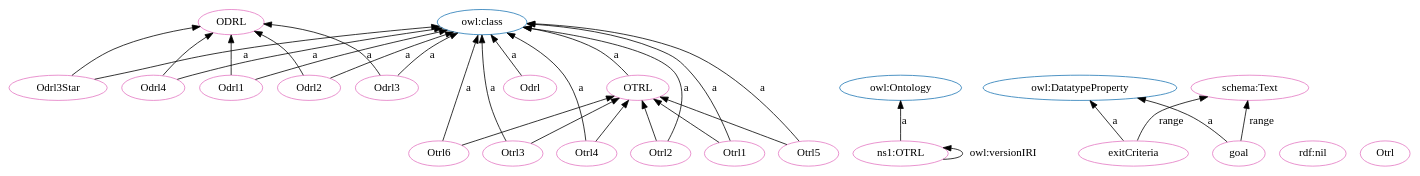
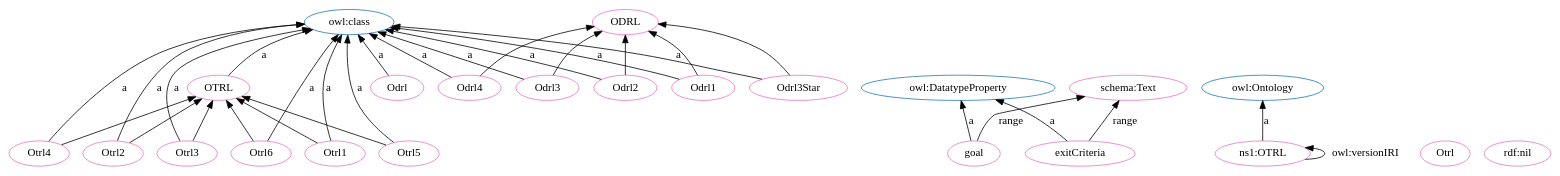
Before and after one commit to OPEN-NEXT/OKH-LOSH: the diagram in OTRL.dot, drawn with Graphviz. The commit also changed other lines of this file and 15 other files, not shown here.

```diff
--- a/OTRL.dot
+++ b/OTRL.dot
@@ -1,59 +1,59 @@
 digraph G {
   rankdir=BT
   node[height=.3]
+"http://www.w3.org/2002/07/owl#class" [fillcolor="#1f77b4" color="#1f77b4" label="owl:class"]
 "http://purl.org/oseg/ontologies/OTRL#ODRL" [fillcolor="#1f77b4" color="#1f77b4" label="ODRL"]
+"http://www.w3.org/2002/07/owl#DatatypeProperty" [fillcolor="#1f77b4" color="#1f77b4" label="owl:DatatypeProperty"]
 "http://www.w3.org/2002/07/owl#Ontology" [fillcolor="#1f77b4" color="#1f77b4" label="owl:Ontology"]
-"http://www.w3.org/2002/07/owl#DatatypeProperty" [fillcolor="#1f77b4" color="#1f77b4" label="owl:DatatypeProperty"]
-"http://www.w3.org/2002/07/owl#class" [fillcolor="#1f77b4" color="#1f77b4" label="owl:class"]
 "http://purl.org/oseg/ontologies/OTRL#OTRL" [fillcolor="#1f77b4" color="#1f77b4" label="OTRL"]
-"http://purl.org/oseg/ontologies/OTRL" [fillcolor="#e377c2" color="#e377c2" label="ns1:OTRL"]
-"http://purl.org/oseg/ontologies/OTRL#Odrl3Star" [fillcolor="#e377c2" color="#e377c2" label="Odrl3Star"]
+"http://purl.org/oseg/ontologies/OTRL#Otrl3" [fillcolor="#e377c2" color="#e377c2" label="Otrl3"]
 "http://purl.org/oseg/ontologies/OTRL#Otrl6" [fillcolor="#e377c2" color="#e377c2" label="Otrl6"]
 "http://purl.org/oseg/ontologies/OTRL#ODRL" [fillcolor="#e377c2" color="#e377c2" label="ODRL"]
+"http://purl.org/oseg/ontologies/OTRL#goal" [fillcolor="#e377c2" color="#e377c2" label="goal"]
 "http://purl.org/oseg/ontologies/OTRL#Odrl4" [fillcolor="#e377c2" color="#e377c2" label="Odrl4"]
+"http://purl.org/oseg/ontologies/OTRL#Otrl1" [fillcolor="#e377c2" color="#e377c2" label="Otrl1"]
+"http://purl.org/oseg/ontologies/OTRL#Odrl" [fillcolor="#e377c2" color="#e377c2" label="Odrl"]
+"http://purl.org/oseg/ontologies/OTRL#exitCriteria" [fillcolor="#e377c2" color="#e377c2" label="exitCriteria"]
+"http://purl.org/oseg/ontologies/OTRL#OTRL" [fillcolor="#e377c2" color="#e377c2" label="OTRL"]
+"http://purl.org/oseg/ontologies/OTRL#Otrl5" [fillcolor="#e377c2" color="#e377c2" label="Otrl5"]
+"http://purl.org/oseg/ontologies/OTRL#Odrl3" [fillcolor="#e377c2" color="#e377c2" label="Odrl3"]
 "http://schema.org/Text" [fillcolor="#e377c2" color="#e377c2" label="schema:Text"]
-"http://purl.org/oseg/ontologies/OTRL#OTRL" [fillcolor="#e377c2" color="#e377c2" label="OTRL"]
-"http://purl.org/oseg/ontologies/OTRL#Odrl" [fillcolor="#e377c2" color="#e377c2" label="Odrl"]
-"http://www.w3.org/1999/02/22-rdf-syntax-ns#nil" [fillcolor="#e377c2" color="#e377c2" label="rdf:nil"]
-"http://purl.org/oseg/ontologies/OTRL#Otrl" [fillcolor="#e377c2" color="#e377c2" label="Otrl"]
-"http://purl.org/oseg/ontologies/OTRL#Otrl3" [fillcolor="#e377c2" color="#e377c2" label="Otrl3"]
 "http://purl.org/oseg/ontologies/OTRL#Odrl1" [fillcolor="#e377c2" color="#e377c2" label="Odrl1"]
+"http://purl.org/oseg/ontologies/OTRL" [fillcolor="#e377c2" color="#e377c2" label="ns1:OTRL"]
 "http://purl.org/oseg/ontologies/OTRL#Odrl2" [fillcolor="#e377c2" color="#e377c2" label="Odrl2"]
 "http://purl.org/oseg/ontologies/OTRL#Otrl4" [fillcolor="#e377c2" color="#e377c2" label="Otrl4"]
+"http://purl.org/oseg/ontologies/OTRL#Odrl3Star" [fillcolor="#e377c2" color="#e377c2" label="Odrl3Star"]
+"http://purl.org/oseg/ontologies/OTRL#Otrl" [fillcolor="#e377c2" color="#e377c2" label="Otrl"]
+"http://www.w3.org/1999/02/22-rdf-syntax-ns#nil" [fillcolor="#e377c2" color="#e377c2" label="rdf:nil"]
 "http://purl.org/oseg/ontologies/OTRL#Otrl2" [fillcolor="#e377c2" color="#e377c2" label="Otrl2"]
-"http://purl.org/oseg/ontologies/OTRL#exitCriteria" [fillcolor="#e377c2" color="#e377c2" label="exitCriteria"]
-"http://purl.org/oseg/ontologies/OTRL#Otrl1" [fillcolor="#e377c2" color="#e377c2" label="Otrl1"]
-"http://purl.org/oseg/ontologies/OTRL#goal" [fillcolor="#e377c2" color="#e377c2" label="goal"]
-"http://purl.org/oseg/ontologies/OTRL#Otrl5" [fillcolor="#e377c2" color="#e377c2" label="Otrl5"]
-"http://purl.org/oseg/ontologies/OTRL#Odrl3" [fillcolor="#e377c2" color="#e377c2" label="Odrl3"]
+  "http://purl.org/oseg/ontologies/OTRL#Otrl6" -> "http://www.w3.org/2002/07/owl#class" [label="a"]
+  "http://purl.org/oseg/ontologies/OTRL#Odrl2" -> "http://purl.org/oseg/ontologies/OTRL#ODRL" [label=""]
+  "http://purl.org/oseg/ontologies/OTRL#goal" -> "http://www.w3.org/2002/07/owl#DatatypeProperty" [label="a"]
+  "http://purl.org/oseg/ontologies/OTRL#Odrl" -> "http://www.w3.org/2002/07/owl#class" [label="a"]
+  "http://purl.org/oseg/ontologies/OTRL#exitCriteria" -> "http://www.w3.org/2002/07/owl#DatatypeProperty" [label="a"]
+  "http://purl.org/oseg/ontologies/OTRL#Otrl5" -> "http://purl.org/oseg/ontologies/OTRL#OTRL" [label=""]
+  "http://purl.org/oseg/ontologies/OTRL#OTRL" -> "http://www.w3.org/2002/07/owl#class" [label="a"]
+  "http://purl.org/oseg/ontologies/OTRL#goal" -> "http://schema.org/Text" [label="range"]
+  "http://purl.org/oseg/ontologies/OTRL#Odrl1" -> "http://www.w3.org/2002/07/owl#class" [label="a"]
+  "http://purl.org/oseg/ontologies/OTRL#Odrl1" -> "http://purl.org/oseg/ontologies/OTRL#ODRL" [label=""]
+  "http://purl.org/oseg/ontologies/OTRL#Otrl4" -> "http://purl.org/oseg/ontologies/OTRL#OTRL" [label=""]
+  "http://purl.org/oseg/ontologies/OTRL#Otrl2" -> "http://purl.org/oseg/ontologies/OTRL#OTRL" [label=""]
   "http://purl.org/oseg/ontologies/OTRL#Odrl3Star" -> "http://www.w3.org/2002/07/owl#class" [label="a"]
+  "http://purl.org/oseg/ontologies/OTRL#Otrl4" -> "http://www.w3.org/2002/07/owl#class" [label="a"]
+  "http://purl.org/oseg/ontologies/OTRL#Otrl3" -> "http://purl.org/oseg/ontologies/OTRL#OTRL" [label=""]
   "http://purl.org/oseg/ontologies/OTRL" -> "http://purl.org/oseg/ontologies/OTRL" [label="owl:versionIRI"]
-  "http://purl.org/oseg/ontologies/OTRL#Otrl2" -> "http://purl.org/oseg/ontologies/OTRL#OTRL" [label=""]
+  "http://purl.org/oseg/ontologies/OTRL#Odrl3" -> "http://purl.org/oseg/ontologies/OTRL#ODRL" [label=""]
+  "http://purl.org/oseg/ontologies/OTRL#Otrl2" -> "http://www.w3.org/2002/07/owl#class" [label="a"]
+  "http://purl.org/oseg/ontologies/OTRL#Otrl3" -> "http://www.w3.org/2002/07/owl#class" [label="a"]
+  "http://purl.org/oseg/ontologies/OTRL#Odrl3Star" -> "http://purl.org/oseg/ontologies/OTRL#ODRL" [label=""]
+  "http://purl.org/oseg/ontologies/OTRL#Odrl4" -> "http://www.w3.org/2002/07/owl#class" [label="a"]
+  "http://purl.org/oseg/ontologies/OTRL#Otrl1" -> "http://www.w3.org/2002/07/owl#class" [label="a"]
+  "http://purl.org/oseg/ontologies/OTRL#Odrl4" -> "http://purl.org/oseg/ontologies/OTRL#ODRL" [label=""]
+  "http://purl.org/oseg/ontologies/OTRL#Otrl5" -> "http://www.w3.org/2002/07/owl#class" [label="a"]
+  "http://purl.org/oseg/ontologies/OTRL#Odrl3" -> "http://www.w3.org/2002/07/owl#class" [label="a"]
+  "http://purl.org/oseg/ontologies/OTRL" -> "http://www.w3.org/2002/07/owl#Ontology" [label="a"]
+  "http://purl.org/oseg/ontologies/OTRL#Odrl2" -> "http://www.w3.org/2002/07/owl#class" [label="a"]
+  "http://purl.org/oseg/ontologies/OTRL#Otrl6" -> "http://purl.org/oseg/ontologies/OTRL#OTRL" [label=""]
   "http://purl.org/oseg/ontologies/OTRL#Otrl1" -> "http://purl.org/oseg/ontologies/OTRL#OTRL" [label=""]
-  "http://purl.org/oseg/ontologies/OTRL#Otrl5" -> "http://purl.org/oseg/ontologies/OTRL#OTRL" [label=""]
-  "http://purl.org/oseg/ontologies/OTRL#Otrl3" -> "http://www.w3.org/2002/07/owl#class" [label="a"]
-  "http://purl.org/oseg/ontologies/OTRL#exitCriteria" -> "http://www.w3.org/2002/07/owl#DatatypeProperty" [label="a"]
-  "http://purl.org/oseg/ontologies/OTRL#Otrl1" -> "http://www.w3.org/2002/07/owl#class" [label="a"]
-  "http://purl.org/oseg/ontologies/OTRL#goal" -> "http://www.w3.org/2002/07/owl#DatatypeProperty" [label="a"]
-  "http://purl.org/oseg/ontologies/OTRL#Odrl1" -> "http://purl.org/oseg/ontologies/OTRL#ODRL" [label=""]
-  "http://purl.org/oseg/ontologies/OTRL" -> "http://www.w3.org/2002/07/owl#Ontology" [label="a"]
-  "http://purl.org/oseg/ontologies/OTRL#Otrl6" -> "http://www.w3.org/2002/07/owl#class" [label="a"]
-  "http://purl.org/oseg/ontologies/OTRL#Odrl4" -> "http://purl.org/oseg/ontologies/OTRL#ODRL" [label=""]
-  "http://purl.org/oseg/ontologies/OTRL#Odrl4" -> "http://www.w3.org/2002/07/owl#class" [label="a"]
-  "http://purl.org/oseg/ontologies/OTRL#goal" -> "http://schema.org/Text" [label="range"]
-  "http://purl.org/oseg/ontologies/OTRL#OTRL" -> "http://www.w3.org/2002/07/owl#class" [label="a"]
   "http://purl.org/oseg/ontologies/OTRL#exitCriteria" -> "http://schema.org/Text" [label="range"]
-  "http://purl.org/oseg/ontologies/OTRL#Odrl1" -> "http://www.w3.org/2002/07/owl#class" [label="a"]
-  "http://purl.org/oseg/ontologies/OTRL#Odrl" -> "http://www.w3.org/2002/07/owl#class" [label="a"]
-  "http://purl.org/oseg/ontologies/OTRL#Odrl2" -> "http://purl.org/oseg/ontologies/OTRL#ODRL" [label=""]
-  "http://purl.org/oseg/ontologies/OTRL#Odrl2" -> "http://www.w3.org/2002/07/owl#class" [label="a"]
-  "http://purl.org/oseg/ontologies/OTRL#Otrl4" -> "http://purl.org/oseg/ontologies/OTRL#OTRL" [label=""]
-  "http://purl.org/oseg/ontologies/OTRL#Otrl4" -> "http://www.w3.org/2002/07/owl#class" [label="a"]
-  "http://purl.org/oseg/ontologies/OTRL#Otrl6" -> "http://purl.org/oseg/ontologies/OTRL#OTRL" [label=""]
-  "http://purl.org/oseg/ontologies/OTRL#Odrl3Star" -> "http://purl.org/oseg/ontologies/OTRL#ODRL" [label=""]
-  "http://purl.org/oseg/ontologies/OTRL#Otrl2" -> "http://www.w3.org/2002/07/owl#class" [label="a"]
-  "http://purl.org/oseg/ontologies/OTRL#Otrl5" -> "http://www.w3.org/2002/07/owl#class" [label="a"]
-  "http://purl.org/oseg/ontologies/OTRL#Otrl3" -> "http://purl.org/oseg/ontologies/OTRL#OTRL" [label=""]
-  "http://purl.org/oseg/ontologies/OTRL#Odrl3" -> "http://purl.org/oseg/ontologies/OTRL#ODRL" [label=""]
-  "http://purl.org/oseg/ontologies/OTRL#Odrl3" -> "http://www.w3.org/2002/07/owl#class" [label="a"]
 }
```
